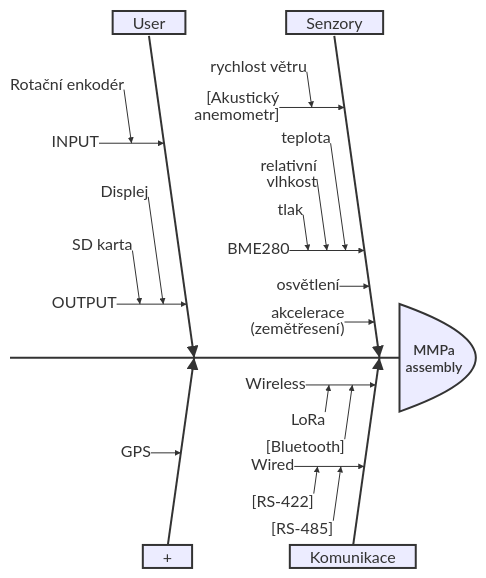
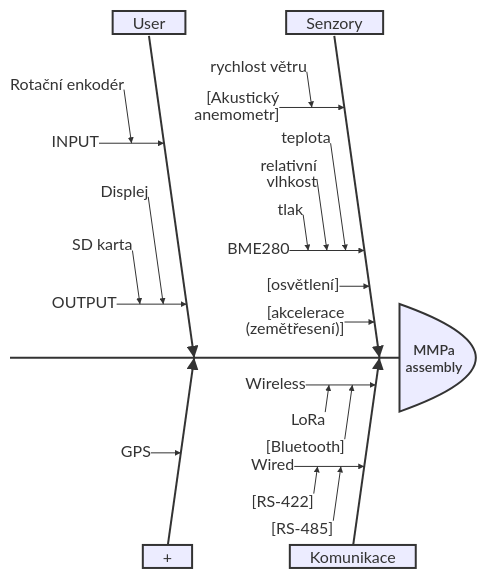
Before and after one commit to tym-pentagon/mmpa-meteo: the diagram in Informace/README.md, drawn with Mermaid. The commit also changed other lines of this file, not shown here.

````diff
--- a/Informace/README.md
+++ b/Informace/README.md
@@ -12,28 +12,28 @@
 ```mermaid
 ishikawa-beta
     MMPa assembly
     Senzory
         [Akustický anemometr]
           rychlost větru
         BME280
           teplota
           relativní vlhkost
           tlak
-        osvětlení
-        akcelerace (zemětřesení)
+        [osvětlení]
+        [akcelerace (zemětřesení)]
     Komunikace
         Wireless
           LoRa
           [Bluetooth]
         Wired
           [RS-422]
           [RS-485]
     User
         INPUT
             Rotační enkodér
         OUTPUT
             Displej
             SD karta
     +
       GPS
 ```
````
